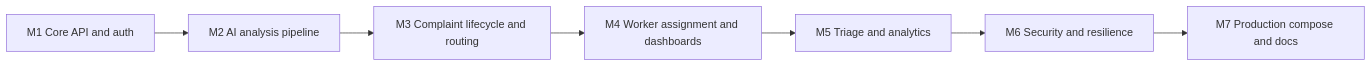
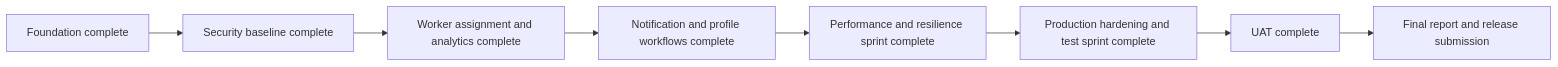
Before and after one commit to ark5234/Jan-Sunwai-AI: the second of 2 diagrams in docs/reports/PROJECT_TIMELINE.md, drawn with Mermaid. The commit also changed other lines of this file and 2 other files, not shown here.

Commit message:
docs: update README and API reference for improved clarity and structure; enhance project timeline with detailed progress log

````diff
--- a/docs/reports/PROJECT_TIMELINE.md
+++ b/docs/reports/PROJECT_TIMELINE.md
@@ -43,9 +160,10 @@
 ```mermaid
 flowchart LR
-    M1[M1 Core API and auth] --> M2[M2 AI analysis pipeline]
-    M2 --> M3[M3 Complaint lifecycle and routing]
-    M3 --> M4[M4 Worker assignment and dashboards]
-    M4 --> M5[M5 Triage and analytics]
-    M5 --> M6[M6 Security and resilience]
-    M6 --> M7[M7 Production compose and docs]
+        M1[Foundation complete] --> M2[Security baseline complete]
+        M2 --> M3[Worker assignment and analytics complete]
+        M3 --> M4[Notification and profile workflows complete]
+        M4 --> M5[Performance and resilience sprint complete]
+        M5 --> M6[Production hardening and test sprint complete]
+        M6 --> M7[UAT complete]
+        M7 --> M8[Final report and release submission]
 ```
````
